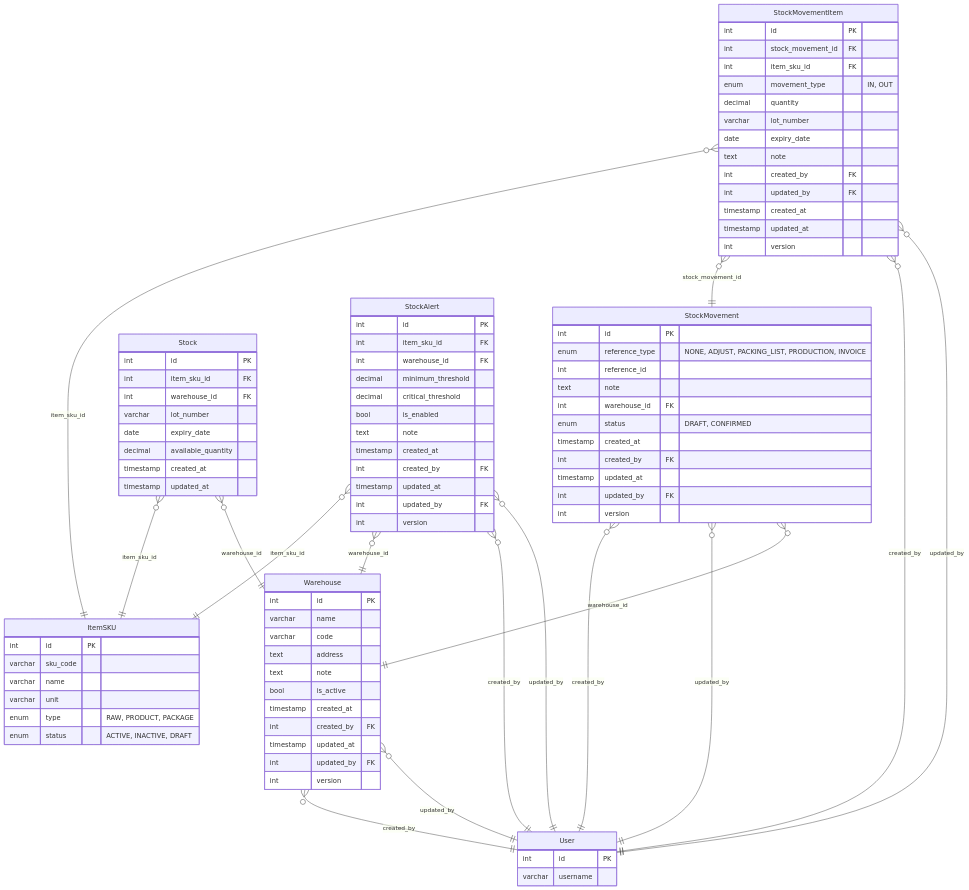
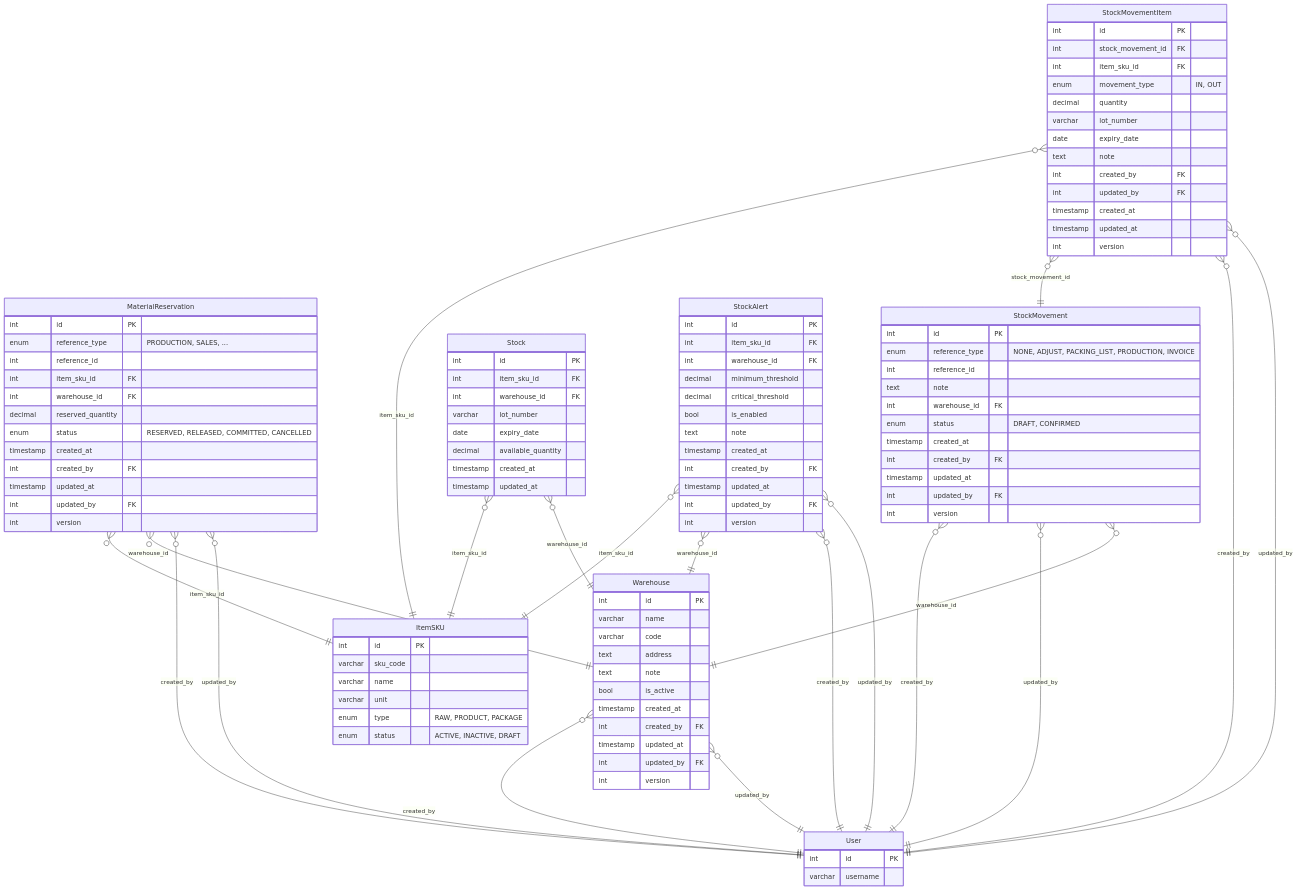
The diagram in django/stockflow/docs/erd/inventory-erd.md (lockdoor/stockflow), drawn with Mermaid before and after one commit. The commit also changed 58 other files, not shown here.

Commit message:
feat: stock reservation created

````diff
--- a/django/stockflow/docs/erd/inventory-erd.md
+++ b/django/stockflow/docs/erd/inventory-erd.md
@@ -1,5 +1,25 @@
 ```mermaid
 erDiagram
+    %% Material Reservation Entity (for production order reservation)
+    MaterialReservation {
+        int id PK
+        enum reference_type "PRODUCTION, SALES, ..."
+        int reference_id
+        int item_sku_id FK
+        int warehouse_id FK
+        decimal reserved_quantity
+        enum status "RESERVED, RELEASED, COMMITTED, CANCELLED"
+        timestamp created_at
+        int created_by FK
+        timestamp updated_at
+        int updated_by FK
+        int version
+    }
+    %% reference_type/reference_id ใช้สำหรับรองรับ context การจองหลายแบบ เช่น ProductionOrder, SalesOrder ฯลฯ
+    MaterialReservation }o--|| ItemSKU : "item_sku_id"
+    MaterialReservation }o--|| Warehouse : "warehouse_id"
+    MaterialReservation }o--|| User : "created_by"
+    MaterialReservation }o--|| User : "updated_by"
     %% Inventory Context - Updated to current StockFlow structure
     
     StockMovement {
````
